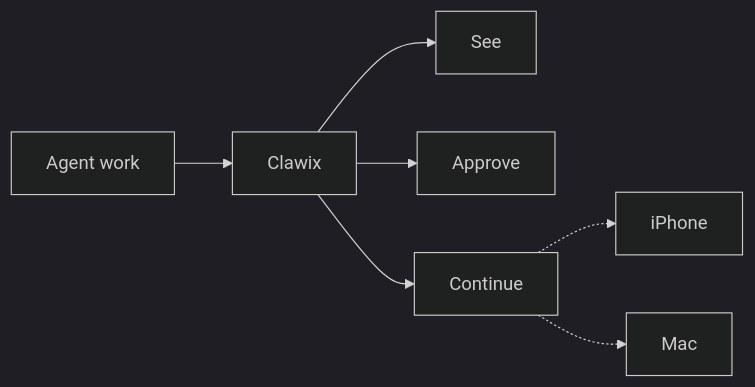
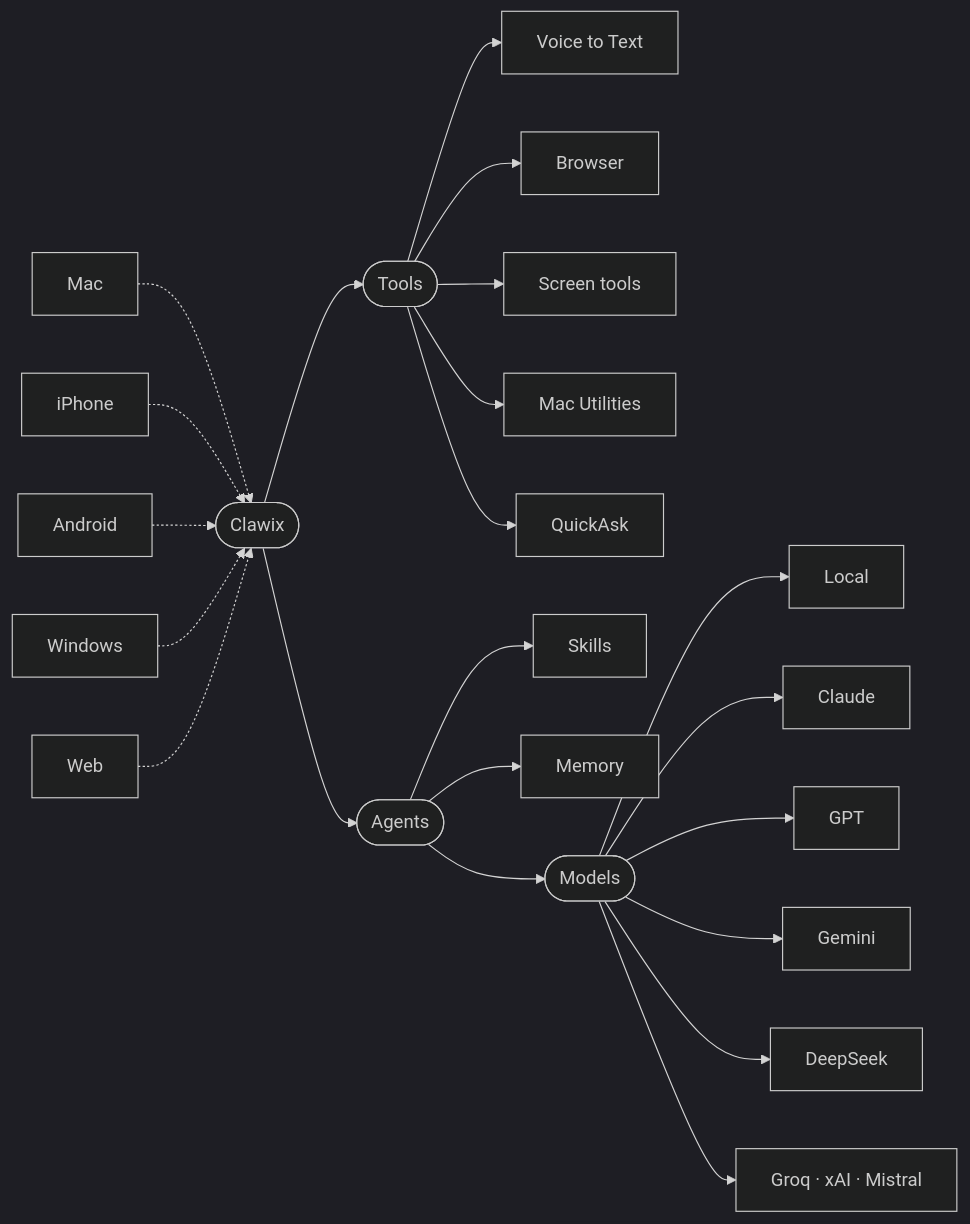
The diagram in README.md (clawic/clawix), drawn with Mermaid (dark theme) before and after one commit. The commit also changed other lines of this file, not shown here.

Commit message:
docs(repo): refresh product overview

````diff
--- a/README.md
+++ b/README.md
@@ -23,9 +25,24 @@
 ```mermaid
 flowchart LR
-  work["Agent work"] --> clawix["Clawix"]
-  clawix --> see["See"]
-  clawix --> approve["Approve"]
-  clawix --> continue["Continue"]
-  continue -.-> phone["iPhone"]
-  continue -.-> mac["Mac"]
+  mac["Mac"] -.-> clawix
+  iphone["iPhone"] -.-> clawix
+  android["Android"] -.-> clawix
+  windows["Windows"] -.-> clawix
+  web["Web"] -.-> clawix
+  clawix(["Clawix"]) --> tools(["Tools"])
+  clawix --> agents(["Agents"])
+  tools --> voice["Voice to Text"]
+  tools --> browser["Browser"]
+  tools --> screen["Screen tools"]
+  tools --> macu["Mac Utilities"]
+  tools --> quick["QuickAsk"]
+  agents --> skills["Skills"]
+  agents --> memory["Memory"]
+  agents --> models(["Models"])
+  models --> local["Local"]
+  models --> claude["Claude"]
+  models --> gpt["GPT"]
+  models --> gemini["Gemini"]
+  models --> deepseek["DeepSeek"]
+  models --> more["Groq · xAI · Mistral"]
 ```
````
